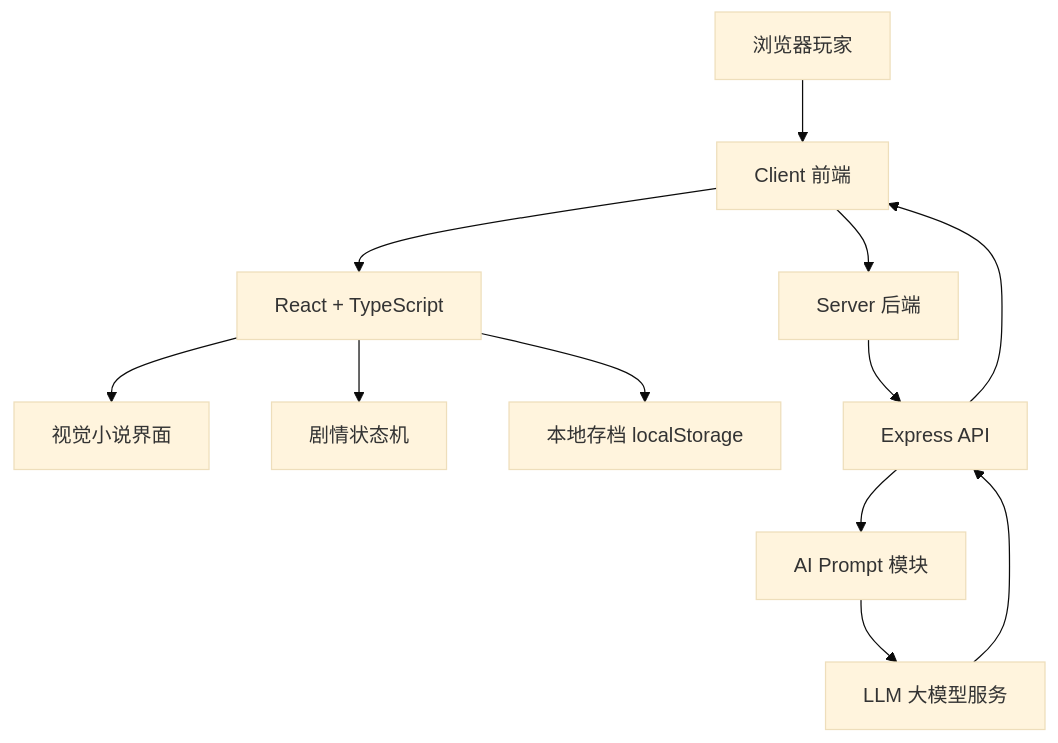
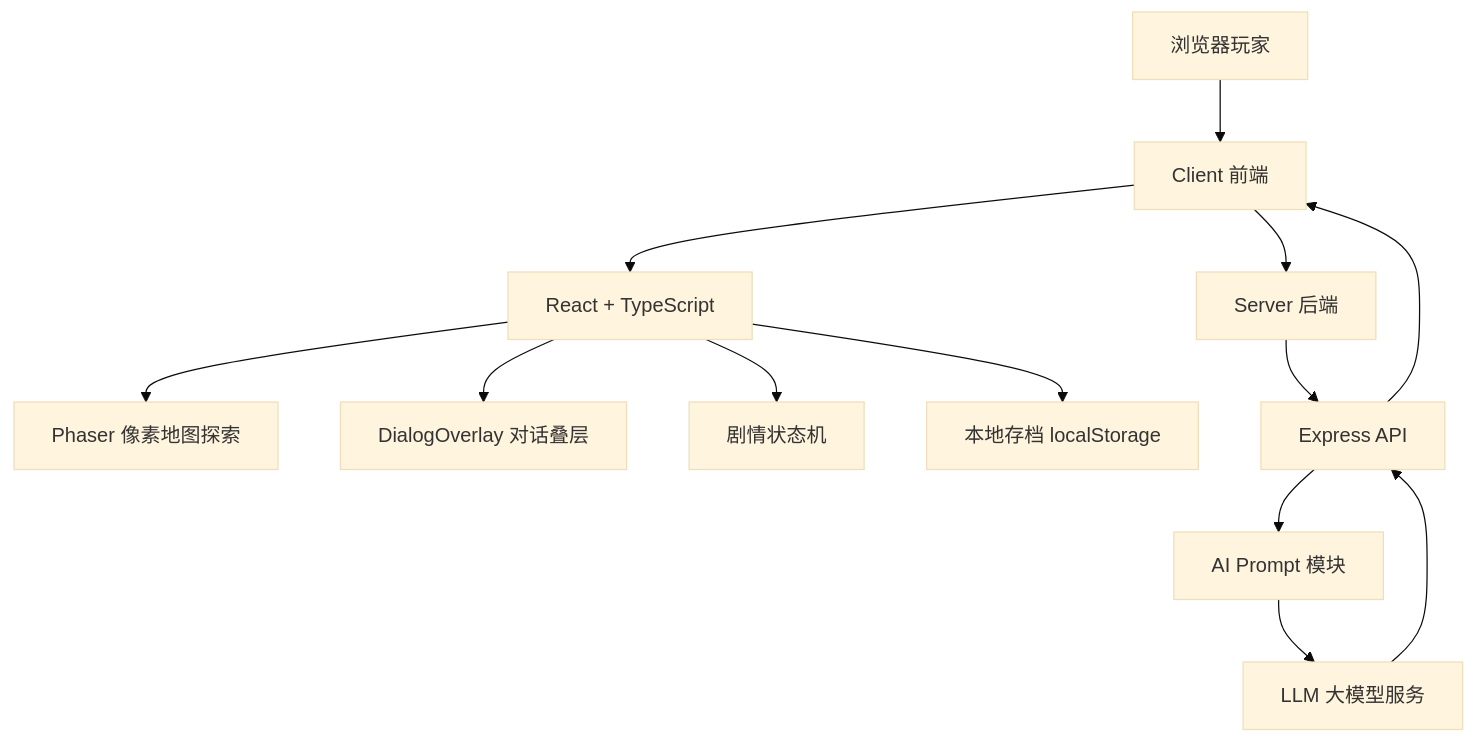
One commit to Spring0602/Happy-Child changed the first of 6 diagrams in docs/项目说明.md. Above: the diagram before and after it, drawn with Mermaid (base theme). The commit also changed other lines of this file and 123 other files, not shown here.

Commit message:
feat: 集成Phaser地图系统、场景转换、对话组件、剧情选项设计报告及小说原稿

````diff
--- a/docs/项目说明.md
+++ b/docs/项目说明.md
@@ -15,14 +15,15 @@
 ```mermaid
 flowchart TD
     A[浏览器玩家] --> B[Client 前端]
     B --> C[React + TypeScript]
-    C --> D[视觉小说界面]
-    C --> E[剧情状态机]
-    C --> F[本地存档 localStorage]
-    B --> G[Server 后端]
-    G --> H[Express API]
-    H --> I[AI Prompt 模块]
-    I --> J[LLM 大模型服务]
-    J --> H
-    H --> B
+    C --> D[Phaser 像素地图探索]
+    C --> E[DialogOverlay 对话叠层]
+    C --> F[剧情状态机]
+    C --> G[本地存档 localStorage]
+    B --> H[Server 后端]
+    H --> I[Express API]
+    I --> J[AI Prompt 模块]
+    J --> K[LLM 大模型服务]
+    K --> I
+    I --> B
 ```
````
